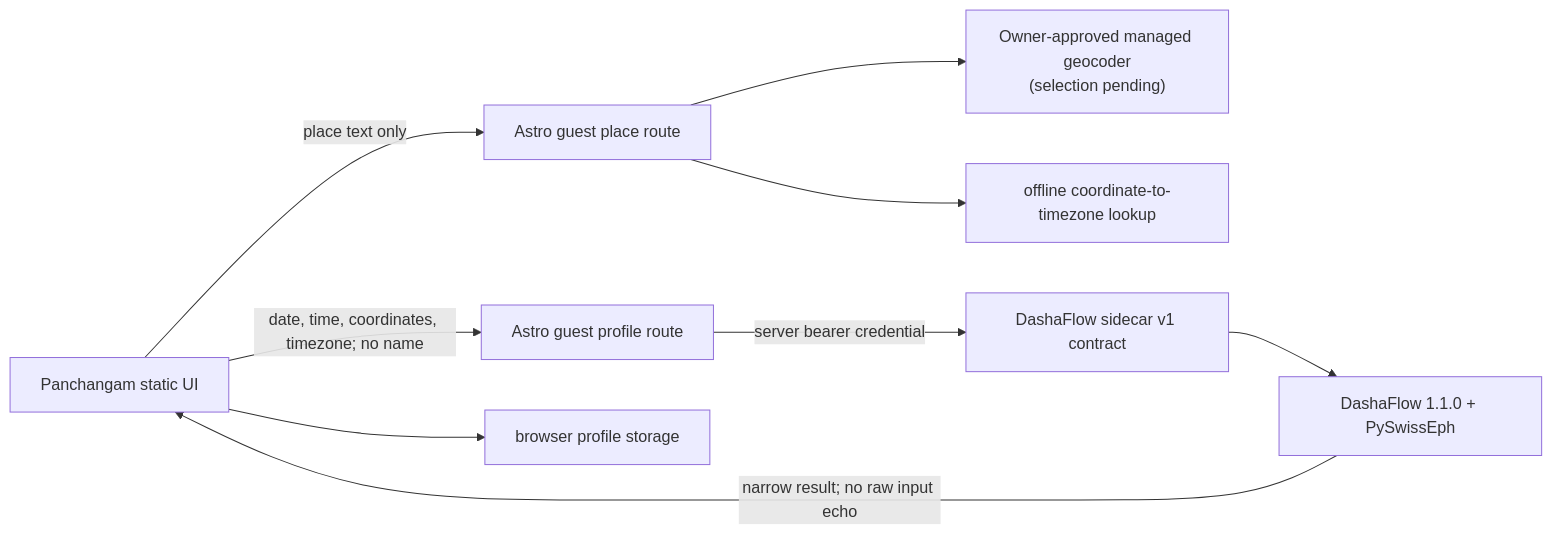
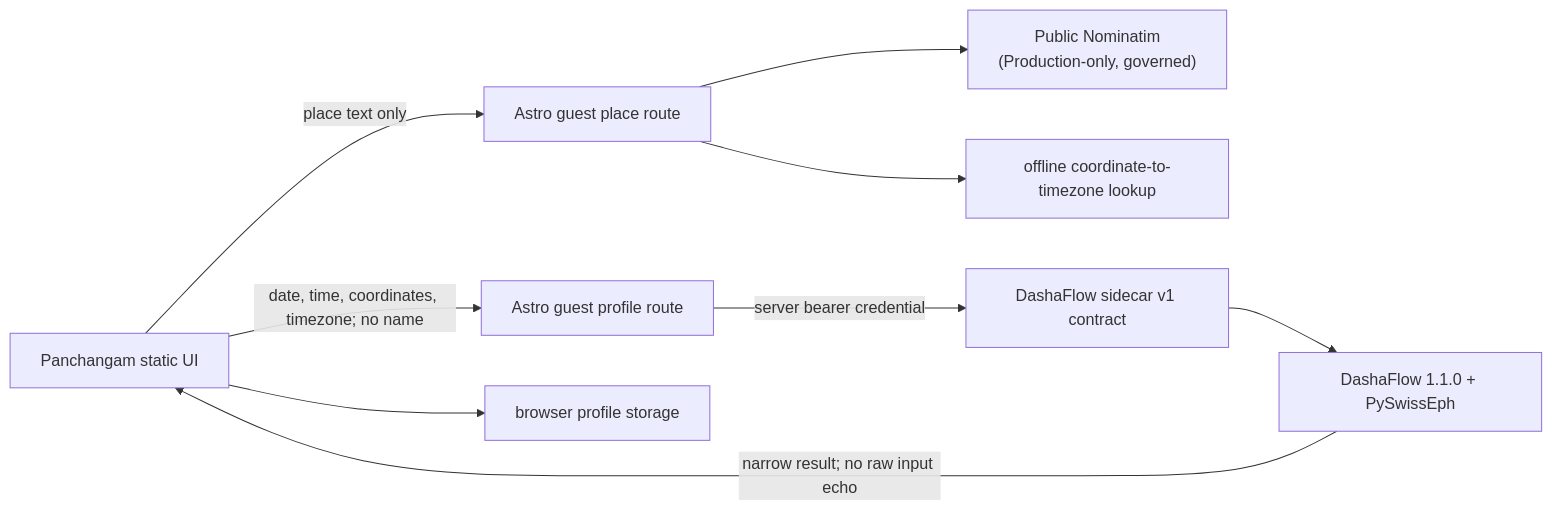
Before and after one commit to socraticsurge/telugu-calendar-utilities: the diagram in docs/reference/53-birth-profile-calculation.md, drawn with Mermaid. The commit also changed other lines of this file and 2 other files, not shown here.

Commit message:
docs: align guest release with Nominatim

````diff
--- a/docs/reference/53-birth-profile-calculation.md
+++ b/docs/reference/53-birth-profile-calculation.md
@@ -57,11 +60,11 @@
 ```mermaid
 flowchart LR
   UI["Panchangam static UI"] -->|"place text only"| PLACE["Astro guest place route"]
-  PLACE --> GEO["Owner-approved managed geocoder<br/>(selection pending)"]
+  PLACE --> GEO["Public Nominatim<br/>(Production-only, governed)"]
   PLACE --> TZ["offline coordinate-to-timezone lookup"]
   UI -->|"date, time, coordinates, timezone; no name"| GATEWAY["Astro guest profile route"]
   GATEWAY -->|"server bearer credential"| SIDE["DashaFlow sidecar v1 contract"]
   SIDE --> CALC["DashaFlow 1.1.0 + PySwissEph"]
   CALC -->|"narrow result; no raw input echo"| UI
   UI --> STORE["browser profile storage"]
 ```
````
